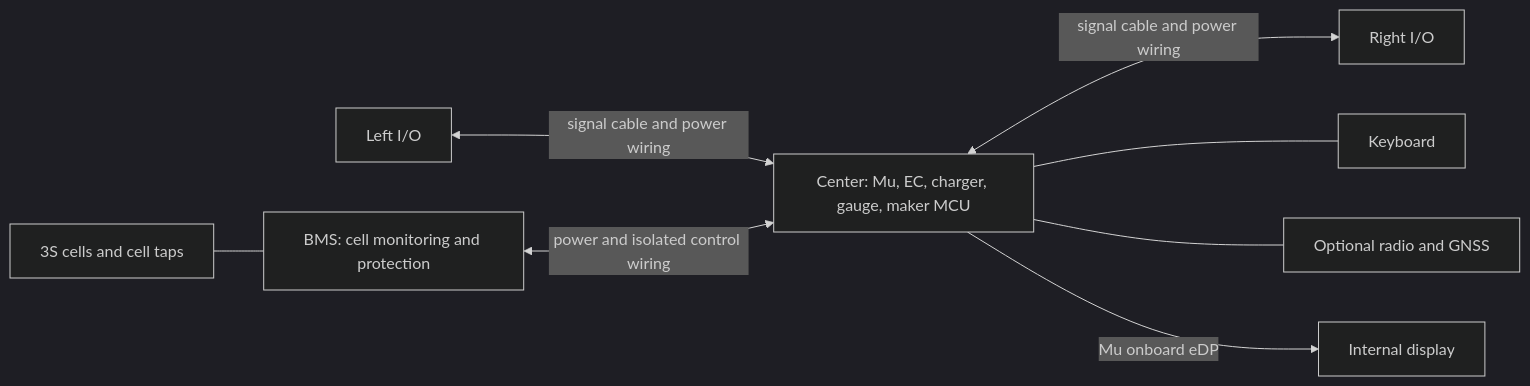
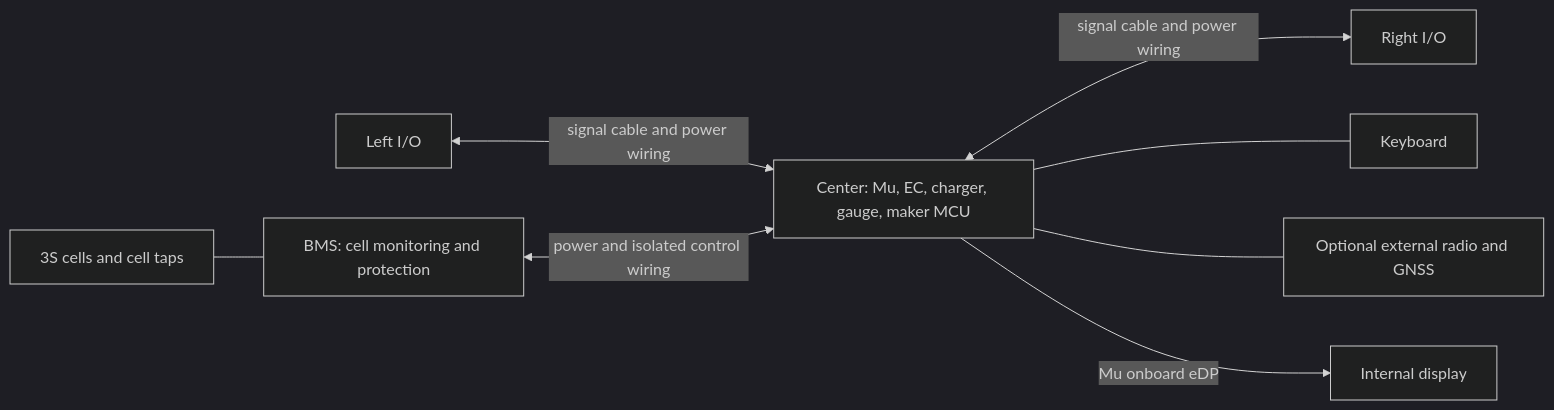
One commit to EwoudVV/ducktop2 changed the diagram in README.md. Above: the diagram before and after it, drawn with Mermaid (dark theme). The commit also changed other lines of this file and 53 other files, not shown here.

````diff
--- a/README.md
+++ b/README.md
@@ -72,10 +77,10 @@
 ```mermaid
 flowchart LR
     L[Left I/O] <-->|signal cable and power wiring| C[Center: Mu, EC, charger, gauge, maker MCU]
     C <-->|signal cable and power wiring| R[Right I/O]
     B[BMS: cell monitoring and protection] <-->|power and isolated control wiring| C
     Cells[3S cells and cell taps] --- B
     C --- K[Keyboard]
-    C --- Radio[Optional radio and GNSS]
+    C --- Radio[Optional external radio and GNSS]
     C -->|Mu onboard eDP| Panel[Internal display]
 ```
````
